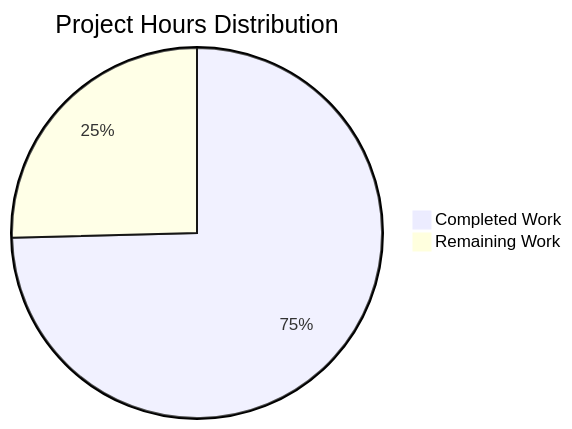
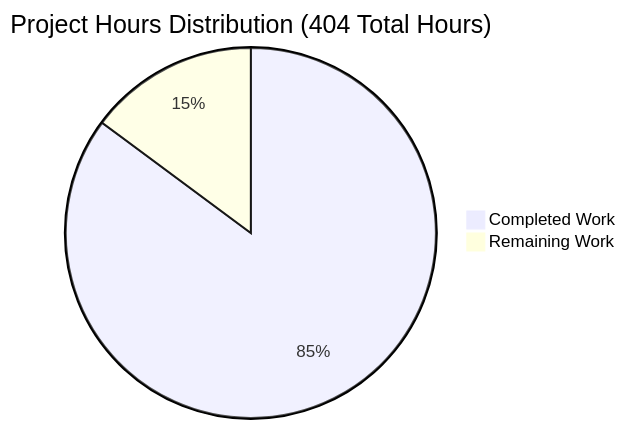
The first of 3 diagrams in blitzy/documentation/Project Guide.md (blitzytest02/Nov18_13), drawn with Mermaid before and after one commit. The commit also changed other lines of this file, not shown here.

Commit message:
Adding Blitzy Project Guide: Project Status and Human Tasks Remaining

````diff
--- a/blitzy/documentation/Project Guide.md
+++ b/blitzy/documentation/Project Guide.md
@@ -288,5 +204,5 @@
 ```mermaid
-pie title Project Hours Distribution
-    "Completed Work" : 270
-    "Remaining Work" : 92
+pie title Project Hours Distribution (404 Total Hours)
+    "Completed Work" : 344
+    "Remaining Work" : 60
 ```
````
